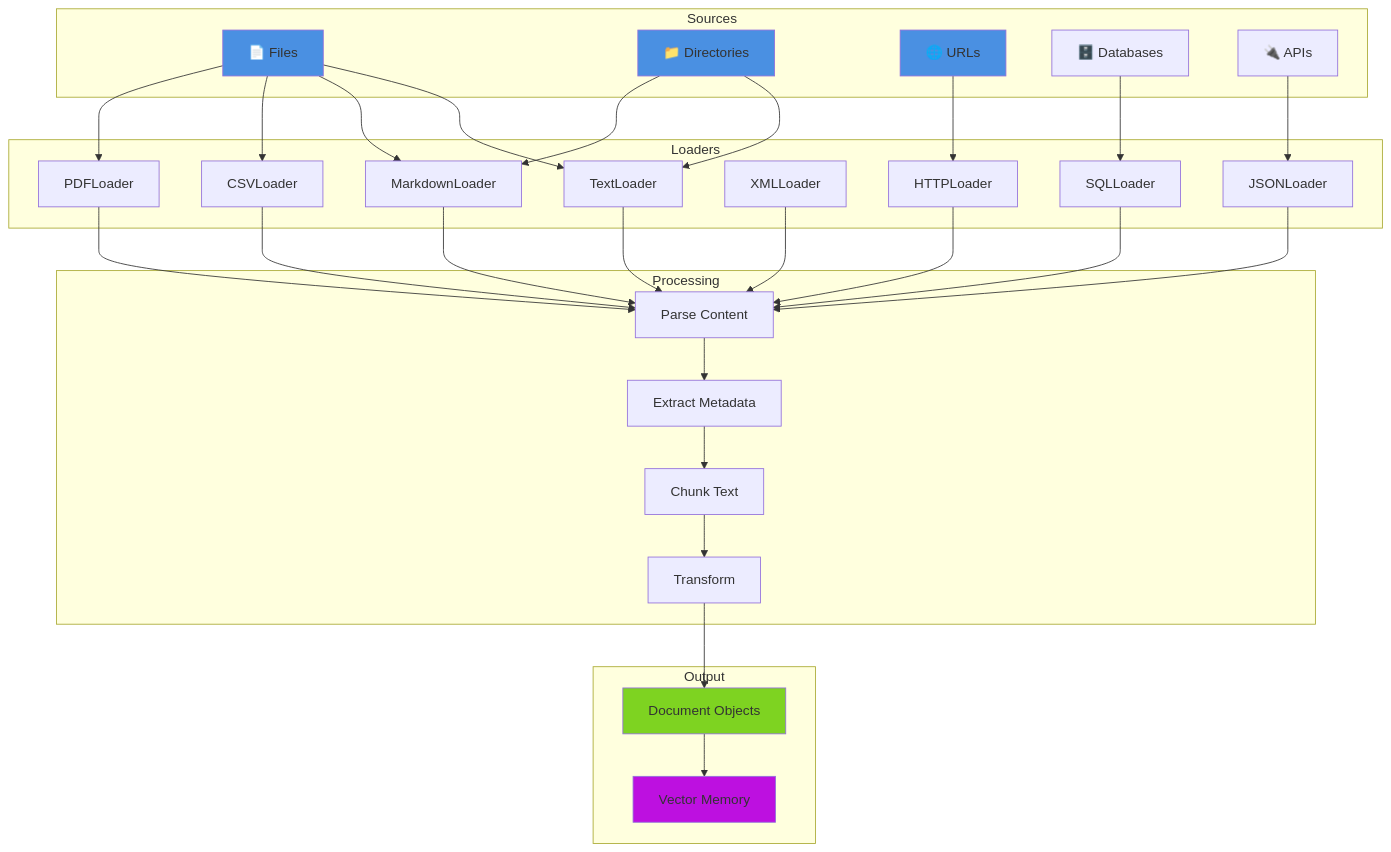
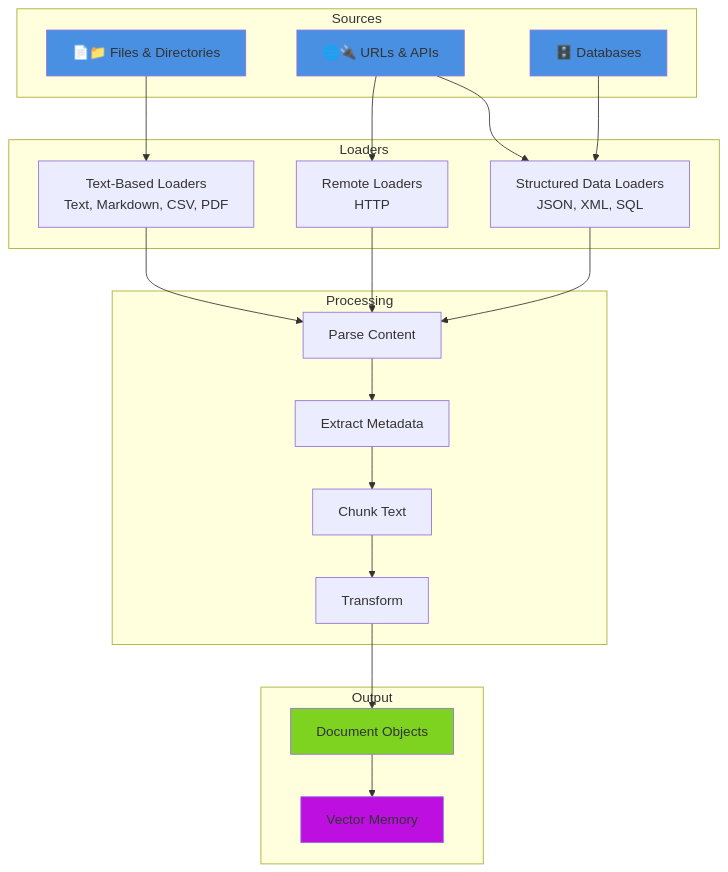
One commit to ortus-boxlang/bx-ai-docs changed the diagram in rag/document-loaders.md. Above: the diagram before and after it, drawn with Mermaid. The commit also changed 45 other files, not shown here.

````diff
--- a/rag/document-loaders.md
+++ b/rag/document-loaders.md
@@ -12,64 +12,47 @@
 ```mermaid
 graph TB
     subgraph "Sources"
-        FILE[📄 Files]
-        DIR[📁 Directories]
-        URL[🌐 URLs]
+        FILES[📄📁 Files & Directories]
+        REMOTE[🌐🔌 URLs & APIs]
         DB[🗄️ Databases]
-        API[🔌 APIs]
     end
 
     subgraph "Loaders"
-        TXT[TextLoader]
-        MD[MarkdownLoader]
-        CSV[CSVLoader]
-        JSON[JSONLoader]
-        XML[XMLLoader]
-        PDF[PDFLoader]
-        HTTP[HTTPLoader]
-        SQL[SQLLoader]
+        TEXT[Text-Based Loaders<br/>Text, Markdown, CSV, PDF]
+        STRUCT[Structured Data Loaders<br/>JSON, XML, SQL]
+        REMOTELOAD[Remote Loaders<br/>HTTP]
     end
 
     subgraph "Processing"
         PARSE[Parse Content]
         META[Extract Metadata]
         CHUNK[Chunk Text]
         TRANS[Transform]
     end
 
     subgraph "Output"
         DOC[Document Objects]
         MEM[Vector Memory]
     end
 
-    FILE --> TXT
-    FILE --> MD
-    FILE --> CSV
-    FILE --> PDF
-    DIR --> TXT
-    DIR --> MD
-    URL --> HTTP
-    DB --> SQL
-    API --> JSON
+    FILES --> TEXT
+    REMOTE --> REMOTELOAD
+    REMOTE --> STRUCT
+    DB --> STRUCT
 
-    TXT --> PARSE
-    MD --> PARSE
-    CSV --> PARSE
-    JSON --> PARSE
-    XML --> PARSE
-    PDF --> PARSE
-    HTTP --> PARSE
-    SQL --> PARSE
+    TEXT --> PARSE
+    STRUCT --> PARSE
+    REMOTELOAD --> PARSE
 
     PARSE --> META
     META --> CHUNK
     CHUNK --> TRANS
     TRANS --> DOC
     DOC --> MEM
 
-    style FILE fill:#4A90E2
-    style DIR fill:#4A90E2
-    style URL fill:#4A90E2
+    style FILES fill:#4A90E2
+    style REMOTE fill:#4A90E2
+    style DB fill:#4A90E2
     style DOC fill:#7ED321
     style MEM fill:#BD10E0
 ```
````
